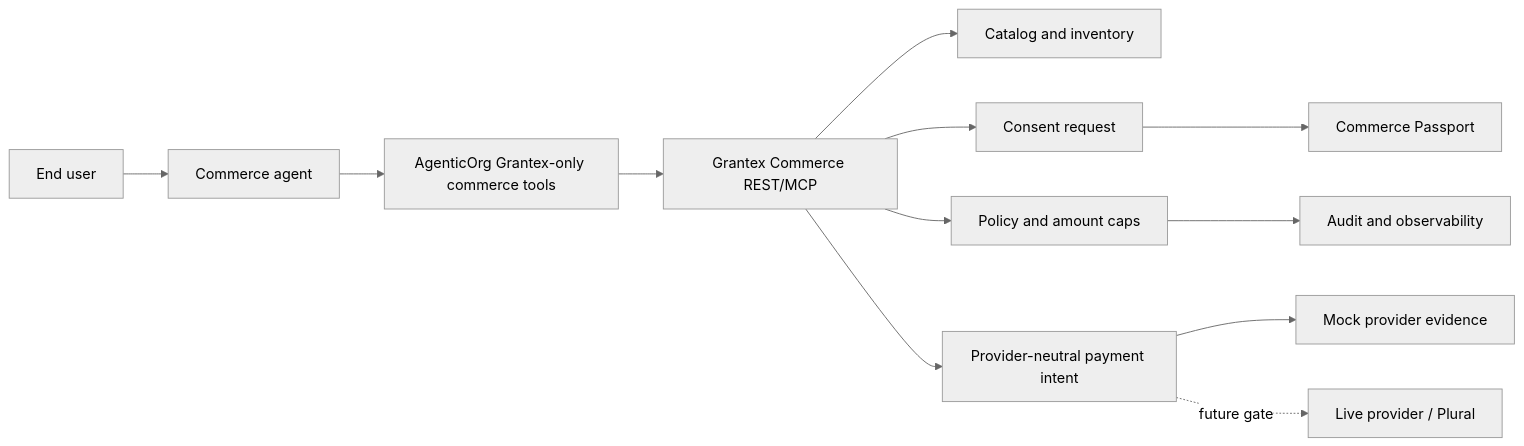
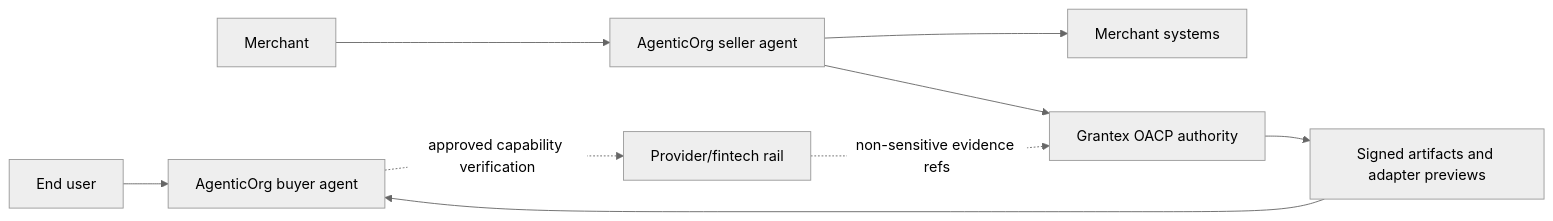
The first of 3 diagrams in docs/guides/commerce-v1-overview.mdx (mishrasanjeev/grantex), drawn with Mermaid (neutral theme) before and after one commit. The commit also changed other lines of this file and 4 other files, not shown here.

Commit message:
docs(commerce): update OACP PRD and content plan

````diff
--- a/docs/guides/commerce-v1-overview.mdx
+++ b/docs/guides/commerce-v1-overview.mdx
@@ -42,14 +45,11 @@
 ```mermaid
 flowchart LR
-  buyer[End user] --> agent[Commerce agent]
-  agent --> tools[AgenticOrg Grantex-only commerce tools]
-  tools --> api[Grantex Commerce REST/MCP]
-  api --> catalog[Catalog and inventory]
-  api --> consent[Consent request]
-  consent --> passport[Commerce Passport]
-  api --> policy[Policy and amount caps]
-  policy --> audit[Audit and observability]
-  api --> payment[Provider-neutral payment intent]
-  payment --> mock[Mock provider evidence]
-  payment -. future gate .-> live[Live provider / Plural]
+  buyer[End user] --> agent[AgenticOrg buyer agent]
+  seller[Merchant] --> selleragent[AgenticOrg seller agent]
+  selleragent --> systems[Merchant systems]
+  selleragent --> grantex[Grantex OACP authority]
+  grantex --> artifacts[Signed artifacts and adapter previews]
+  artifacts --> agent
+  agent -. approved capability verification .-> provider[Provider/fintech rail]
+  provider -. non-sensitive evidence refs .-> grantex
 ```
````
